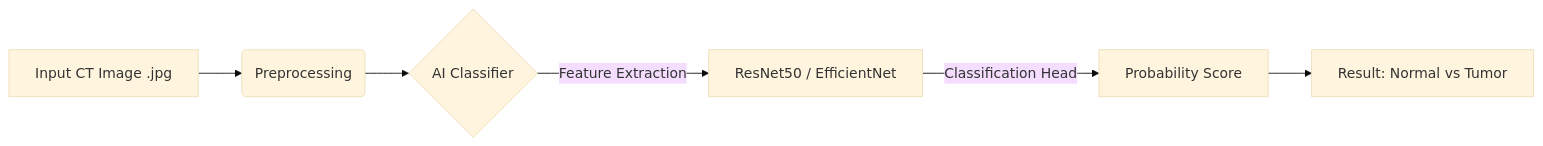
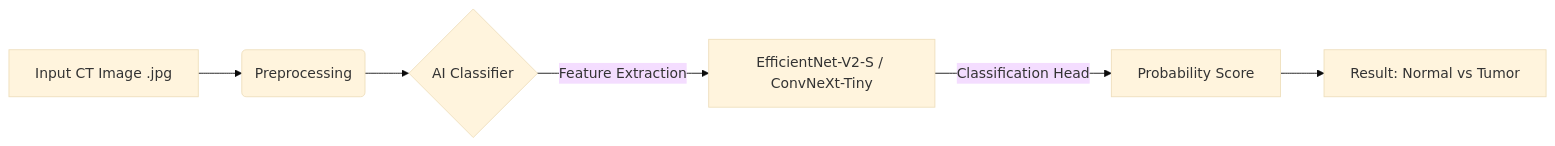
The diagram in docs/PancreScan_Project_Report_v2.md (RangeshPandianPT/PancreScan), drawn with Mermaid (base theme) before and after one commit. The commit also changed other lines of this file and 2 other files, not shown here.

Commit message:
docs: Update architectural diagrams and project report to reflect current stack

````diff
--- a/docs/PancreScan_Project_Report_v2.md
+++ b/docs/PancreScan_Project_Report_v2.md
@@ -48,8 +48,8 @@
 ```mermaid
 graph LR
     A[Input CT Image .jpg] --> B(Preprocessing);
     B --> C{AI Classifier};
-    C -- Feature Extraction --> D[ResNet50 / EfficientNet];
+    C -- Feature Extraction --> D[EfficientNet-V2-S / ConvNeXt-Tiny];
     D -- Classification Head --> E[Probability Score];
     E --> F[Result: Normal vs Tumor];
 ```
````
